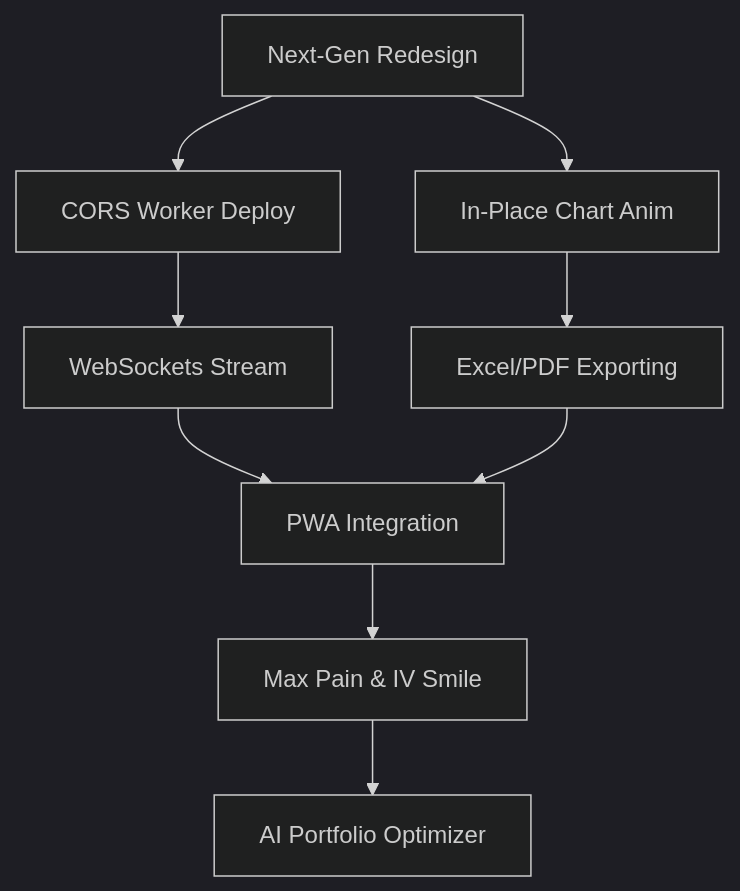
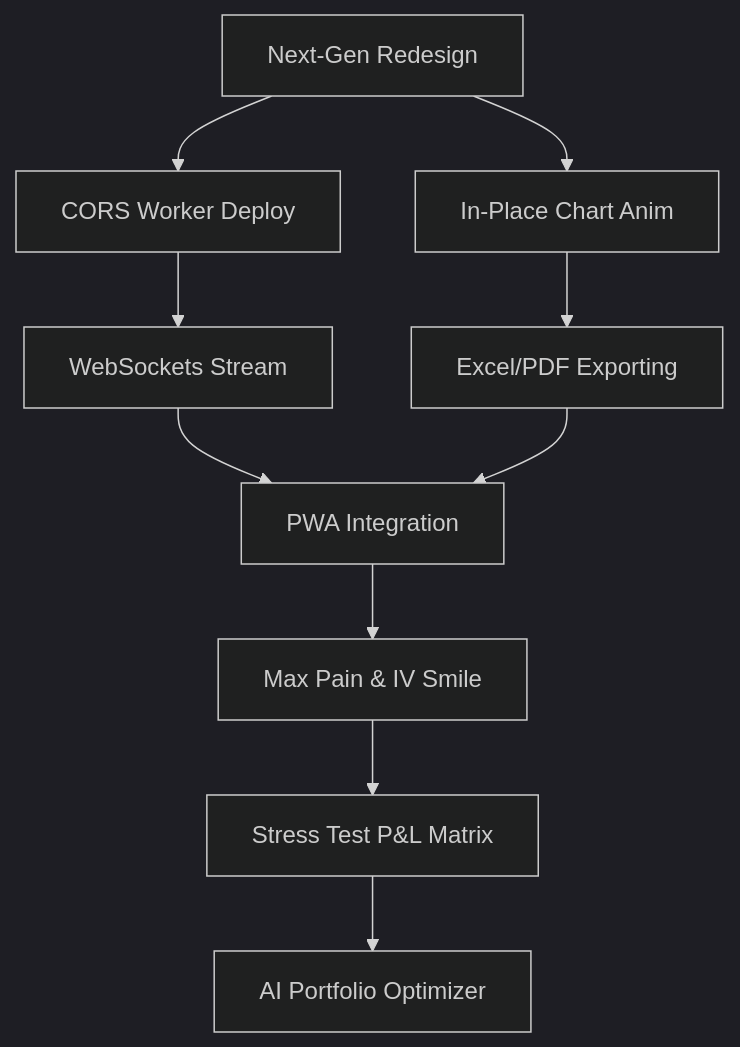
One commit to vijaymahes9080/market changed the diagram in future_enhancement.md. Above: the diagram before and after it, drawn with Mermaid (dark theme). The commit also changed other lines of this file, not shown here.

Commit message:
docs: add IV Rank and Stress Test P&L Matrix modules to future enhancements

````diff
--- a/future_enhancement.md
+++ b/future_enhancement.md
@@ -195,11 +204,12 @@
 ```mermaid
 graph TD
     A["Next-Gen Redesign"] --> B["CORS Worker Deploy"]
     A --> C["In-Place Chart Anim"]
     B --> D["WebSockets Stream"]
     C --> E["Excel/PDF Exporting"]
     D --> F["PWA Integration"]
     E --> F
     F --> G["Max Pain & IV Smile"]
-    G --> H["AI Portfolio Optimizer"]
+    G --> H["Stress Test P&L Matrix"]
+    H --> I["AI Portfolio Optimizer"]
 ```
````
